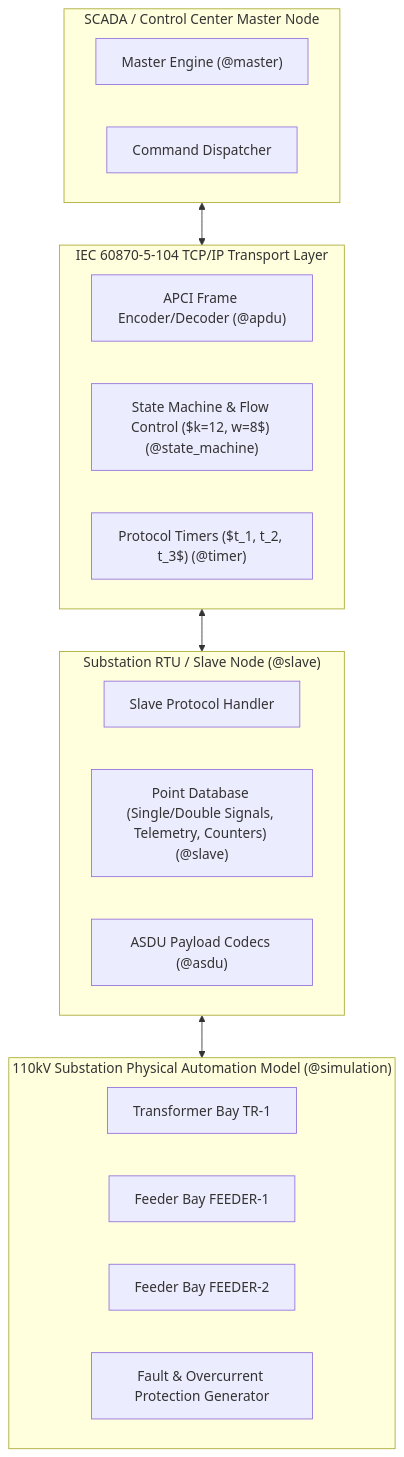
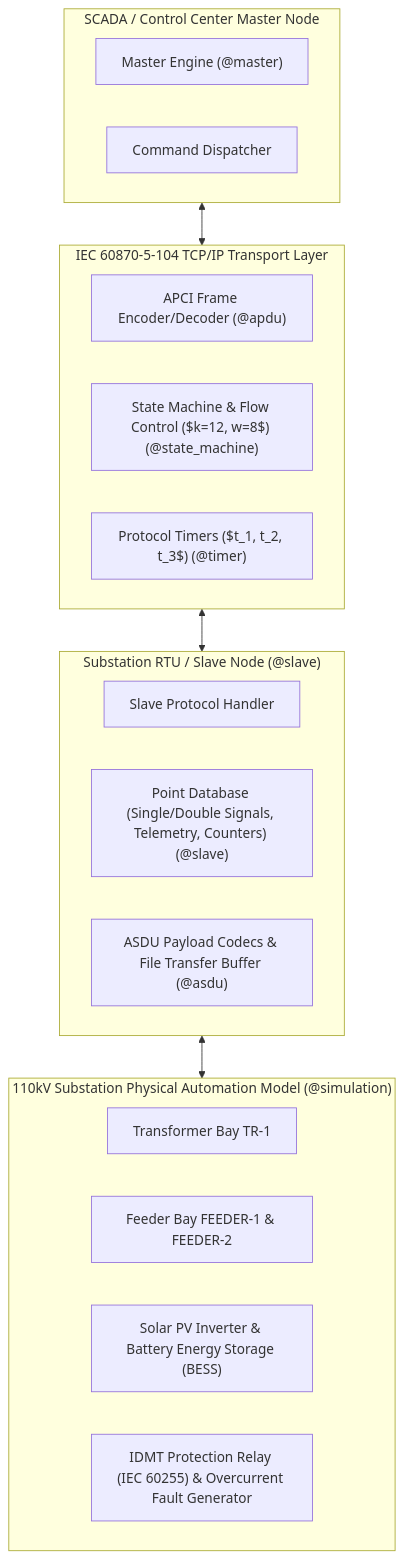
One commit to dgmlbtttt/moonbit-iec104 changed the diagram in README.md. Above: the diagram before and after it, drawn with Mermaid. The commit also changed other lines of this file and 12 other files, not shown here.

Commit message:
feat(microgrid): add Solar PV, BESS, IDMT protection relays and file transfer buffer to exceed 4200 LOC

````diff
--- a/README.md
+++ b/README.md
@@ -15,30 +18,30 @@
 ```mermaid
 graph TD
     subgraph Master ["SCADA / Control Center Master Node"]
         M1["Master Engine (@master)"]
         M2["Command Dispatcher"]
     end
 
     subgraph Channel ["IEC 60870-5-104 TCP/IP Transport Layer"]
         C1["APCI Frame Encoder/Decoder (@apdu)"]
         C2["State Machine & Flow Control ($k=12, w=8$) (@state_machine)"]
         C3["Protocol Timers ($t_1, t_2, t_3$) (@timer)"]
     end
 
     subgraph Substation ["Substation RTU / Slave Node (@slave)"]
         S1["Slave Protocol Handler"]
         S2["Point Database (Single/Double Signals, Telemetry, Counters) (@slave)"]
-        S3["ASDU Payload Codecs (@asdu)"]
+        S3["ASDU Payload Codecs & File Transfer Buffer (@asdu)"]
     end
 
     subgraph Simulation ["110kV Substation Physical Automation Model (@simulation)"]
         P1["Transformer Bay TR-1"]
-        P2["Feeder Bay FEEDER-1"]
-        P3["Feeder Bay FEEDER-2"]
-        P4["Fault & Overcurrent Protection Generator"]
+        P2["Feeder Bay FEEDER-1 & FEEDER-2"]
+        P3["Solar PV Inverter & Battery Energy Storage (BESS)"]
+        P4["IDMT Protection Relay (IEC 60255) & Overcurrent Fault Generator"]
     end
 
     Master <--> Channel
     Channel <--> Substation
     Substation <--> Simulation
 ```
````
